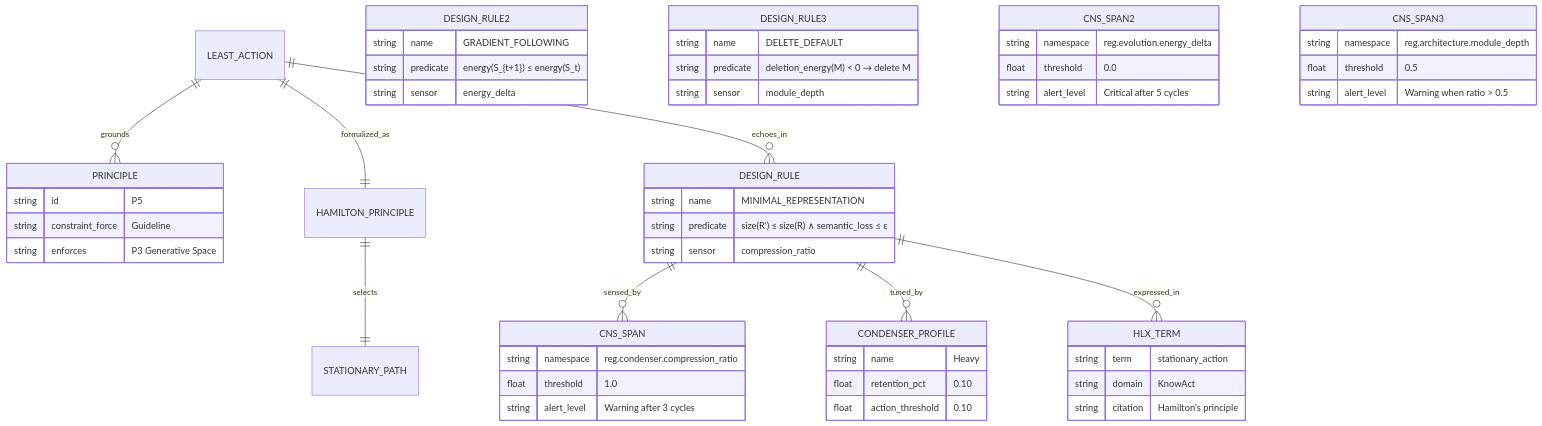
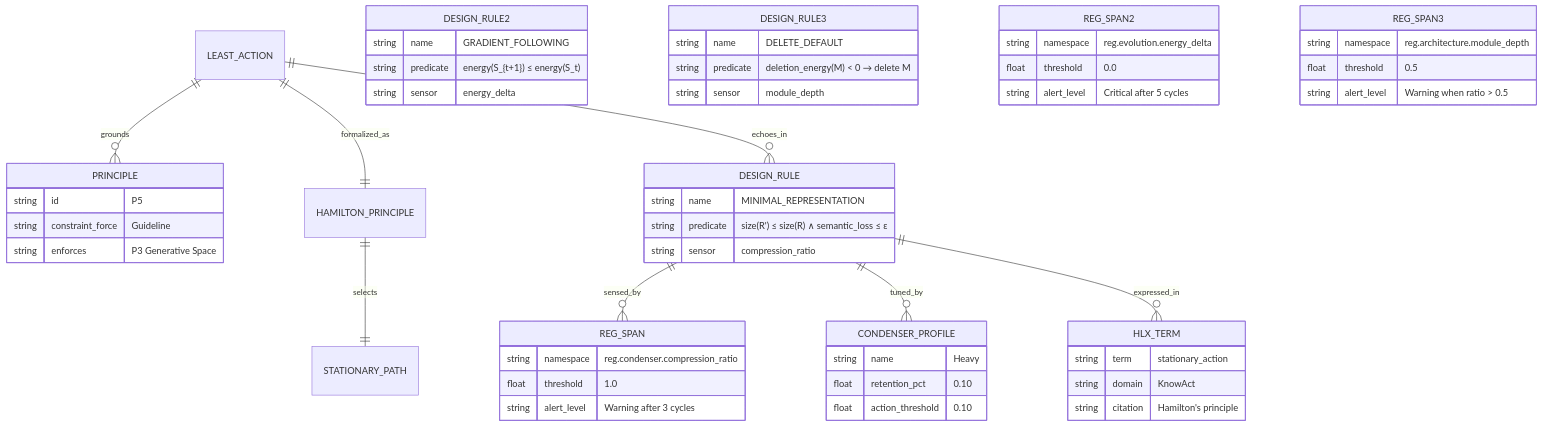
Before and after one commit to mdz-axo/hKask: the diagram in docs/research/lazy-universe-research.md, drawn with Mermaid. The commit also changed 18 other files, not shown here.

````diff
--- a/docs/research/lazy-universe-research.md
+++ b/docs/research/lazy-universe-research.md
@@ -102,55 +102,55 @@
 ```mermaid
 erDiagram
     LEAST_ACTION ||--o{ PRINCIPLE : grounds
     LEAST_ACTION ||--|| HAMILTON_PRINCIPLE : formalized_as
     HAMILTON_PRINCIPLE ||--|| STATIONARY_PATH : selects
     LEAST_ACTION ||--o{ DESIGN_RULE : echoes_in
-    DESIGN_RULE ||--o{ CNS_SPAN : sensed_by
+    DESIGN_RULE ||--o{ REG_SPAN : sensed_by
     DESIGN_RULE ||--o{ CONDENSER_PROFILE : tuned_by
     DESIGN_RULE ||--o{ HLX_TERM : expressed_in
     PRINCIPLE {
         string id "P5"
         string constraint_force "Guideline"
         string enforces "P3 Generative Space"
     }
     DESIGN_RULE {
         string name "MINIMAL_REPRESENTATION"
         string predicate "size(R') ≤ size(R) ∧ semantic_loss ≤ ε"
         string sensor "compression_ratio"
     }
     DESIGN_RULE2 {
         string name "GRADIENT_FOLLOWING"
         string predicate "energy(S_{t+1}) ≤ energy(S_t)"
         string sensor "energy_delta"
     }
     DESIGN_RULE3 {
         string name "DELETE_DEFAULT"
         string predicate "deletion_energy(M) < 0 → delete M"
         string sensor "module_depth"
     }
-    CNS_SPAN {
+    REG_SPAN {
         string namespace "reg.condenser.compression_ratio"
         float threshold "1.0"
         string alert_level "Warning after 3 cycles"
     }
-    CNS_SPAN2 {
+    REG_SPAN2 {
         string namespace "reg.evolution.energy_delta"
         float threshold "0.0"
         string alert_level "Critical after 5 cycles"
     }
-    CNS_SPAN3 {
+    REG_SPAN3 {
         string namespace "reg.architecture.module_depth"
         float threshold "0.5"
         string alert_level "Warning when ratio > 0.5"
     }
     CONDENSER_PROFILE {
         string name "Heavy"
         float retention_pct "0.10"
         float action_threshold "0.10"
     }
     HLX_TERM {
         string term "stationary_action"
         string domain "KnowAct"
         string citation "Hamilton's principle"
     }
 ```
````
